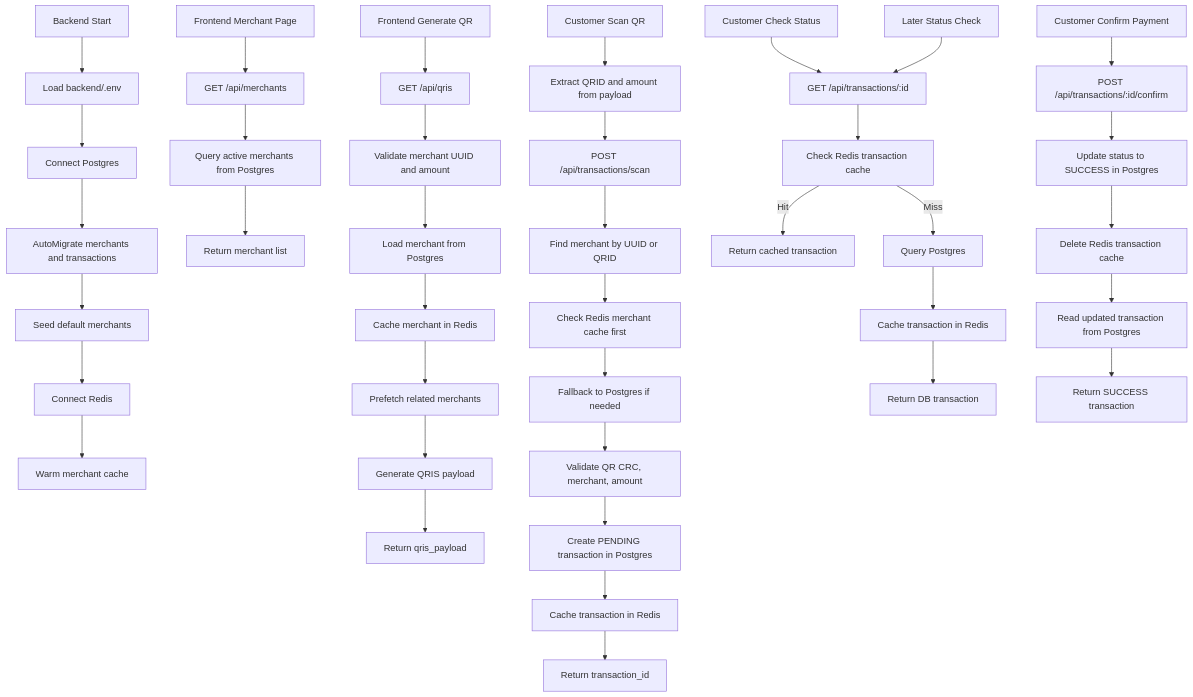
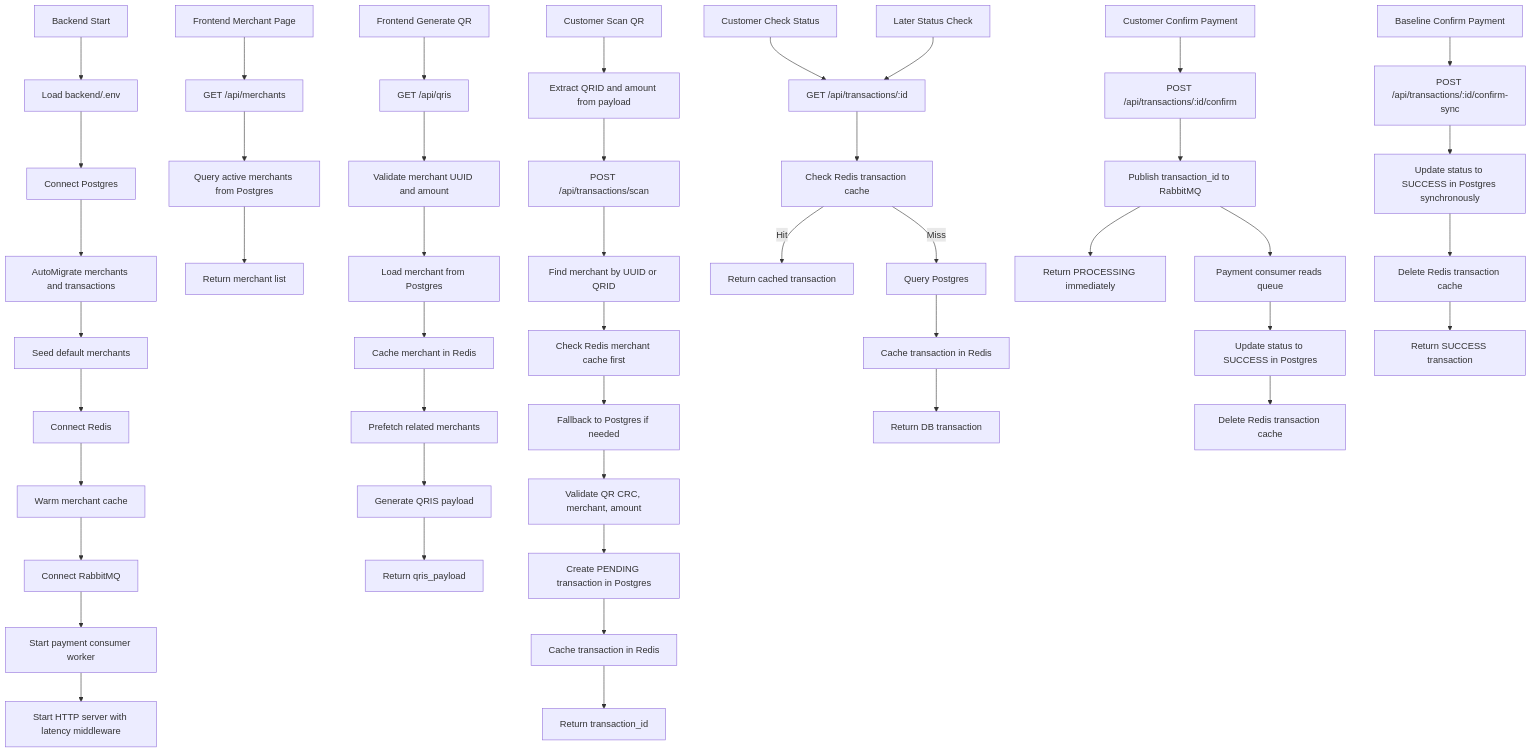
Before and after one commit to lidwinae/qris-latency-optimizer: the first of 2 diagrams in report-purpose/flow-mermaid.md, drawn with Mermaid. The commit also changed other lines of this file and 17 other files, not shown here.

````diff
--- a/report-purpose/flow-mermaid.md
+++ b/report-purpose/flow-mermaid.md
@@ -3,46 +3,55 @@
 ```mermaid
 flowchart TD
     A[Backend Start] --> B[Load backend/.env]
     B --> C[Connect Postgres]
     C --> D[AutoMigrate merchants and transactions]
     D --> E[Seed default merchants]
     E --> F[Connect Redis]
     F --> G[Warm merchant cache]
+    G --> G1[Connect RabbitMQ]
+    G1 --> G2[Start payment consumer worker]
+    G2 --> G3[Start HTTP server with latency middleware]
 
     H[Frontend Merchant Page] --> I[GET /api/merchants]
     I --> J[Query active merchants from Postgres]
     J --> K[Return merchant list]
 
     L[Frontend Generate QR] --> M[GET /api/qris]
     M --> N[Validate merchant UUID and amount]
     N --> O[Load merchant from Postgres]
     O --> P[Cache merchant in Redis]
     P --> Q[Prefetch related merchants]
     Q --> R[Generate QRIS payload]
     R --> S[Return qris_payload]
 
     T[Customer Scan QR] --> U[Extract QRID and amount from payload]
     U --> V[POST /api/transactions/scan]
     V --> W[Find merchant by UUID or QRID]
     W --> X[Check Redis merchant cache first]
     X --> Y[Fallback to Postgres if needed]
     Y --> Z[Validate QR CRC, merchant, amount]
     Z --> AA[Create PENDING transaction in Postgres]
     AA --> AB[Cache transaction in Redis]
     AB --> AC[Return transaction_id]
 
     AD[Customer Check Status] --> AE[GET /api/transactions/:id]
     AE --> AF[Check Redis transaction cache]
     AF -->|Hit| AG[Return cached transaction]
     AF -->|Miss| AH[Query Postgres]
     AH --> AI[Cache transaction in Redis]
     AI --> AJ[Return DB transaction]
 
     AK[Customer Confirm Payment] --> AL[POST /api/transactions/:id/confirm]
-    AL --> AM[Update status to SUCCESS in Postgres]
-    AM --> AN[Delete Redis transaction cache]
-    AN --> AO[Read updated transaction from Postgres]
-    AO --> AP[Return SUCCESS transaction]
+    AL --> AM[Publish transaction_id to RabbitMQ]
+    AM --> AN[Return PROCESSING immediately]
+    AM --> AO[Payment consumer reads queue]
+    AO --> AP[Update status to SUCCESS in Postgres]
+    AP --> AQ[Delete Redis transaction cache]
 
-    AQ[Later Status Check] --> AE
+    AR[Baseline Confirm Payment] --> AS[POST /api/transactions/:id/confirm-sync]
+    AS --> AT[Update status to SUCCESS in Postgres synchronously]
+    AT --> AU[Delete Redis transaction cache]
+    AU --> AV[Return SUCCESS transaction]
+
+    AW[Later Status Check] --> AE
 ```
````
